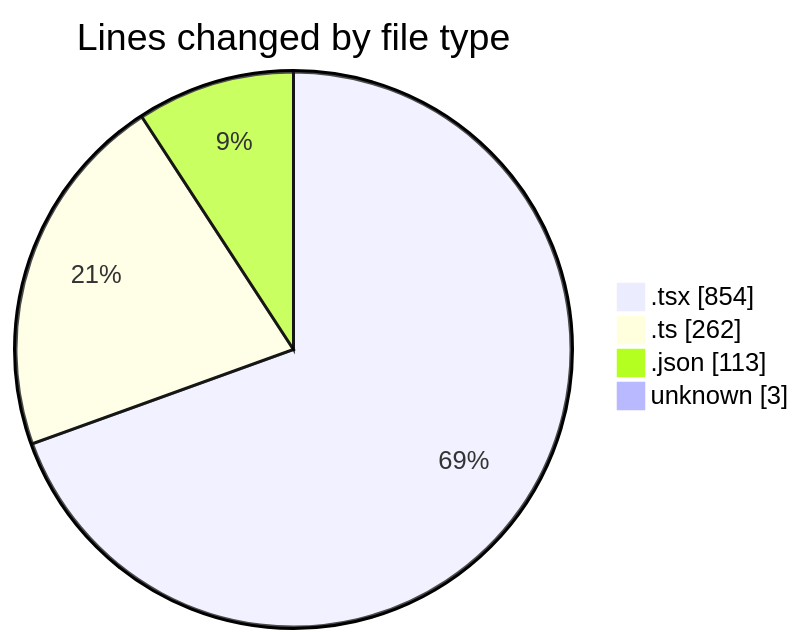
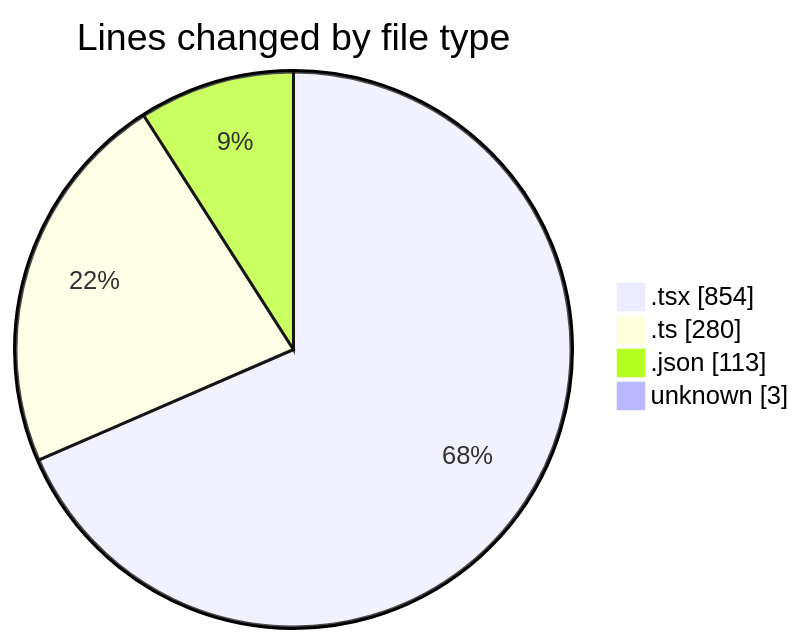
One commit to momahboobian/code-tracking changed the first of 2 diagrams in 2025-02-23/pdf-analysis-app/README.md. Above: the diagram before and after it, drawn with Mermaid. The commit also changed other lines of this file and 1 other file, not shown here.

````diff
--- a/2025-02-23/pdf-analysis-app/README.md
+++ b/2025-02-23/pdf-analysis-app/README.md
@@ -32,8 +33,8 @@
 ```mermaid
 pie showData
 title Lines changed by file type
 ".tsx" : 854
-".ts" : 262
+".ts" : 280
 ".json" : 113
 "unknown" : 3
 ```
````
